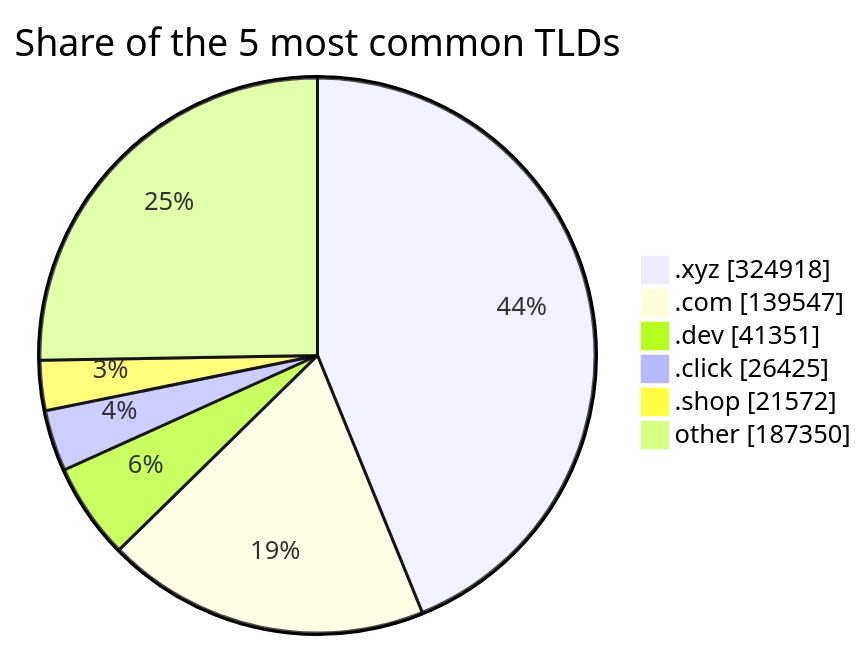
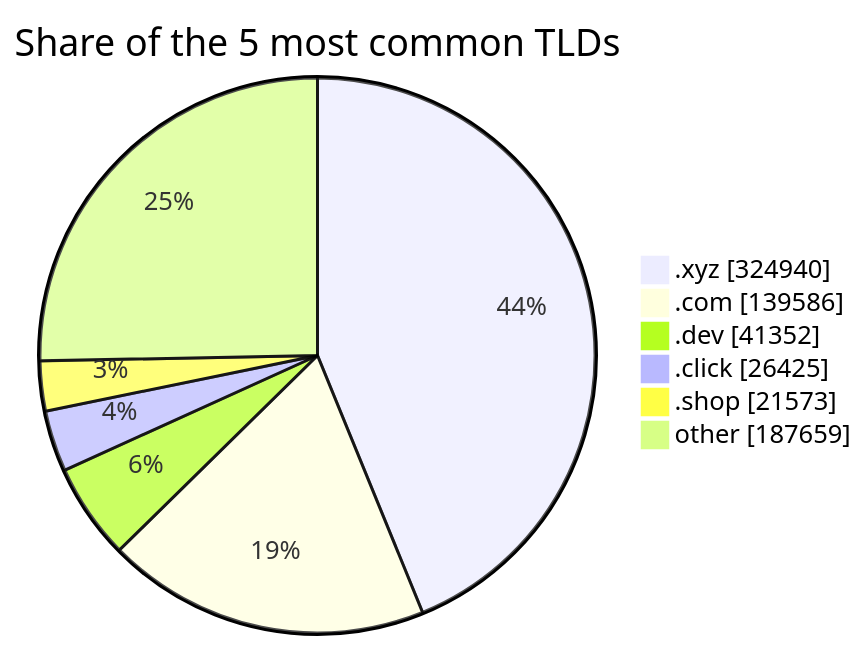
The third of 3 diagrams in README.md (DNSBunker/CTI), drawn with Mermaid before and after one commit. The commit also changed other lines of this file and 3 other files, not shown here.

````diff
--- a/README.md
+++ b/README.md
@@ -81,9 +81,9 @@
 ```mermaid
 pie showData title Share of the 5 most common TLDs
-    ".xyz" : 324918
-    ".com" : 139547
-    ".dev" : 41351
+    ".xyz" : 324940
+    ".com" : 139586
+    ".dev" : 41352
     ".click" : 26425
-    ".shop" : 21572
-    "other" : 187350
+    ".shop" : 21573
+    "other" : 187659
 ```
````
